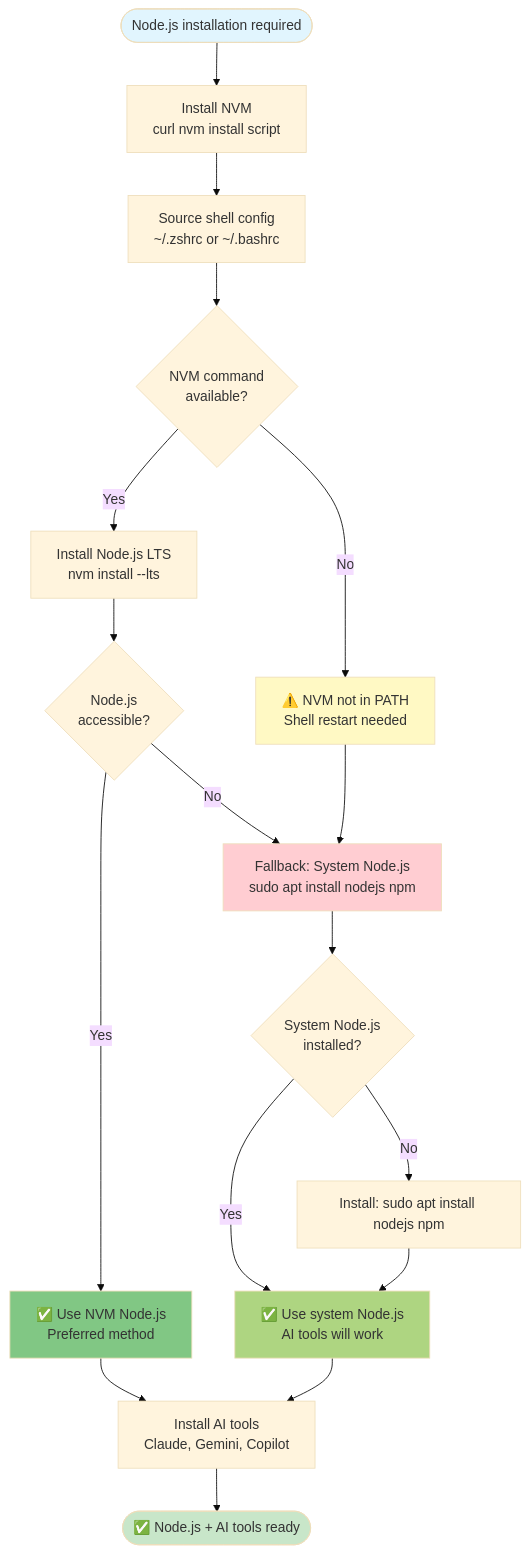
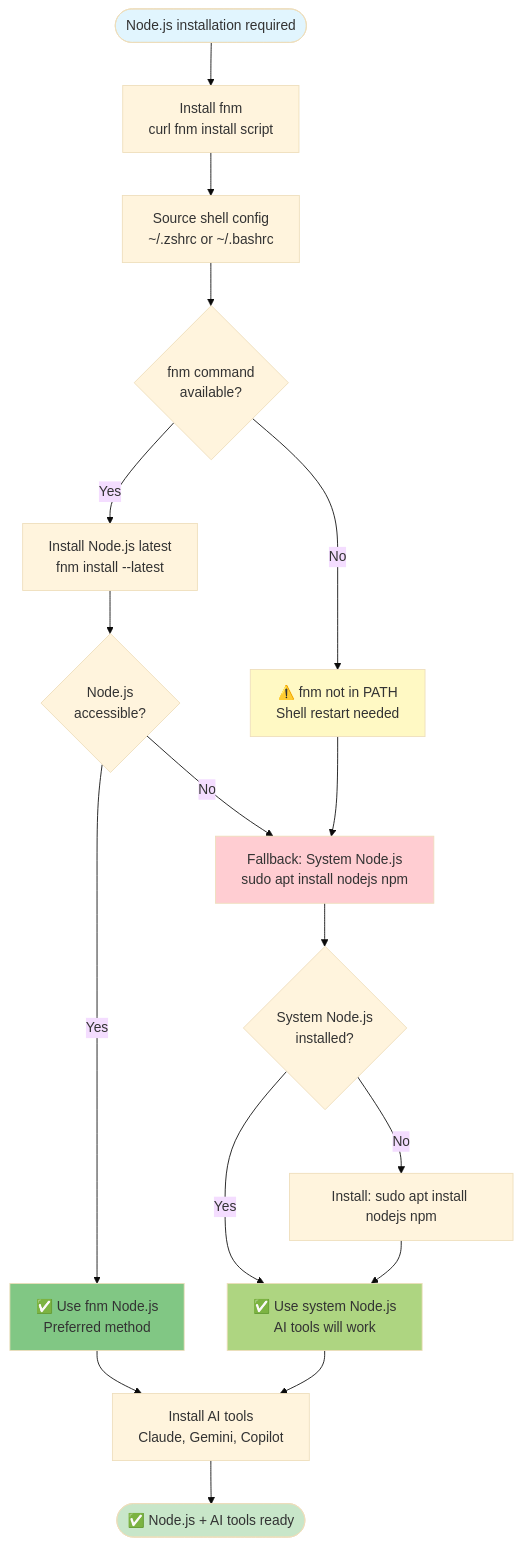
Before and after one commit to kairin/ghostty-config-files: the diagram in website/src/user-guide/installation.md, drawn with Mermaid (base theme). The commit also changed other lines of this file and 23 other files, not shown here.

````diff
--- a/website/src/user-guide/installation.md
+++ b/website/src/user-guide/installation.md
@@ -273,33 +273,33 @@
 ```mermaid
 flowchart TD
-    Start([Node.js installation required]) --> InstallNVM[Install NVM<br/>curl nvm install script]
+    Start([Node.js installation required]) --> Installfnm[Install fnm<br/>curl fnm install script]
 
-    InstallNVM --> SourceShell[Source shell config<br/>~/.zshrc or ~/.bashrc]
-    SourceShell --> CheckNVM{NVM command<br/>available?}
+    Installfnm --> SourceShell[Source shell config<br/>~/.zshrc or ~/.bashrc]
+    SourceShell --> Checkfnm{fnm command<br/>available?}
 
-    CheckNVM -->|Yes| InstallLTS[Install Node.js LTS<br/>nvm install --lts]
-    CheckNVM -->|No| WarnNVM[⚠️ NVM not in PATH<br/>Shell restart needed]
+    Checkfnm -->|Yes| InstallLatest[Install Node.js latest<br/>fnm install --latest]
+    Checkfnm -->|No| Warnfnm[⚠️ fnm not in PATH<br/>Shell restart needed]
 
-    InstallLTS --> VerifyNode{Node.js<br/>accessible?}
-    WarnNVM --> Fallback[Fallback: System Node.js<br/>sudo apt install nodejs npm]
+    InstallLatest --> VerifyNode{Node.js<br/>accessible?}
+    Warnfnm --> Fallback[Fallback: System Node.js<br/>sudo apt install nodejs npm]
 
-    VerifyNode -->|Yes| UseNVM[✅ Use NVM Node.js<br/>Preferred method]
+    VerifyNode -->|Yes| Usefnm[✅ Use fnm Node.js<br/>Preferred method]
     VerifyNode -->|No| Fallback
 
     Fallback --> CheckSystem{System Node.js<br/>installed?}
     CheckSystem -->|Yes| UseSystem[✅ Use system Node.js<br/>AI tools will work]
     CheckSystem -->|No| InstallSystem[Install: sudo apt install nodejs npm]
     InstallSystem --> UseSystem
 
-    UseNVM --> InstallAI[Install AI tools<br/>Claude, Gemini, Copilot]
+    Usefnm --> InstallAI[Install AI tools<br/>Claude, Gemini, Copilot]
     UseSystem --> InstallAI
 
     InstallAI --> Complete([✅ Node.js + AI tools ready])
 
     style Start fill:#e1f5fe
     style Complete fill:#c8e6c9
-    style WarnNVM fill:#fff9c4
+    style Warnfnm fill:#fff9c4
     style Fallback fill:#ffcdd2
-    style UseNVM fill:#81c784
+    style Usefnm fill:#81c784
     style UseSystem fill:#aed581
 ```
````
